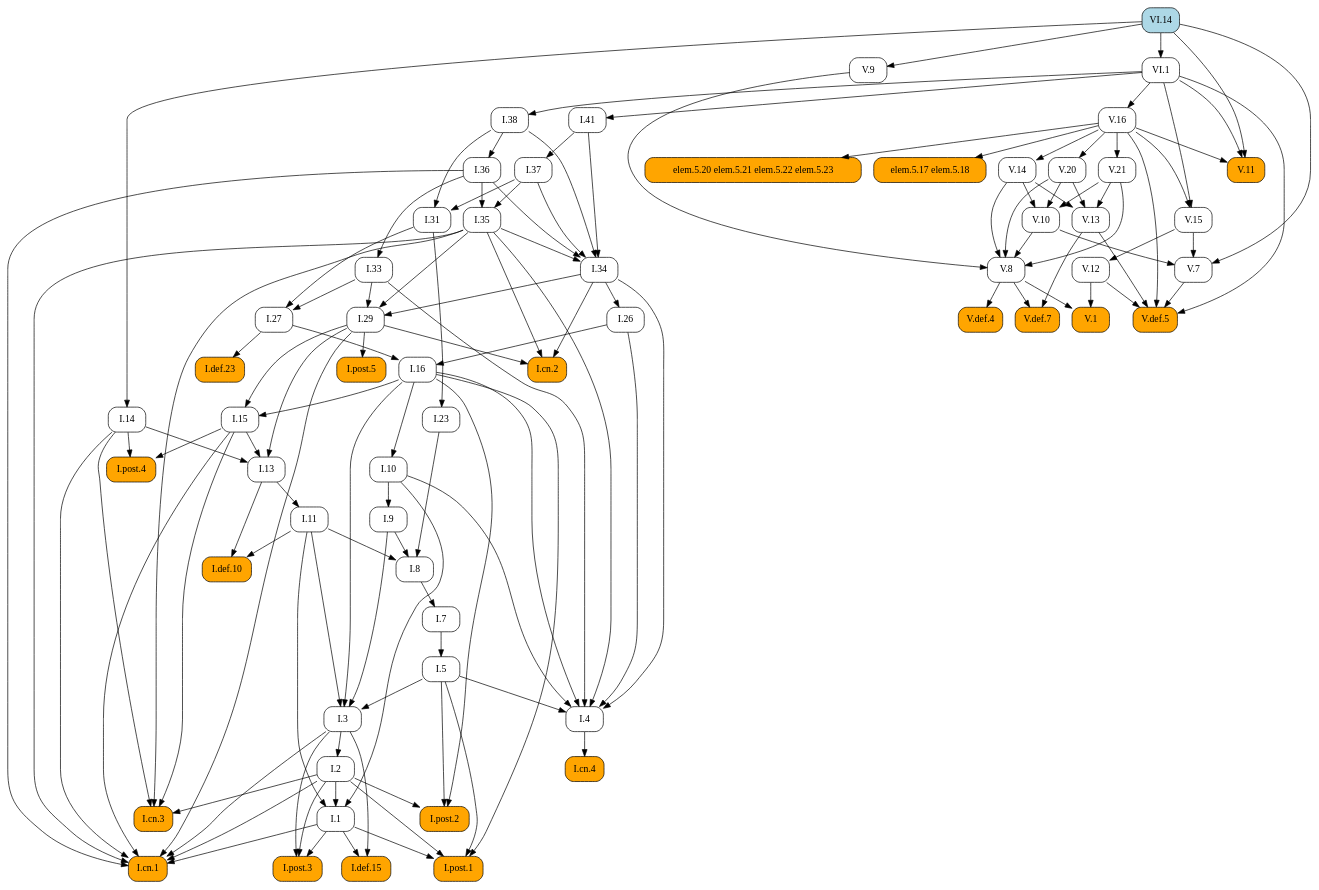
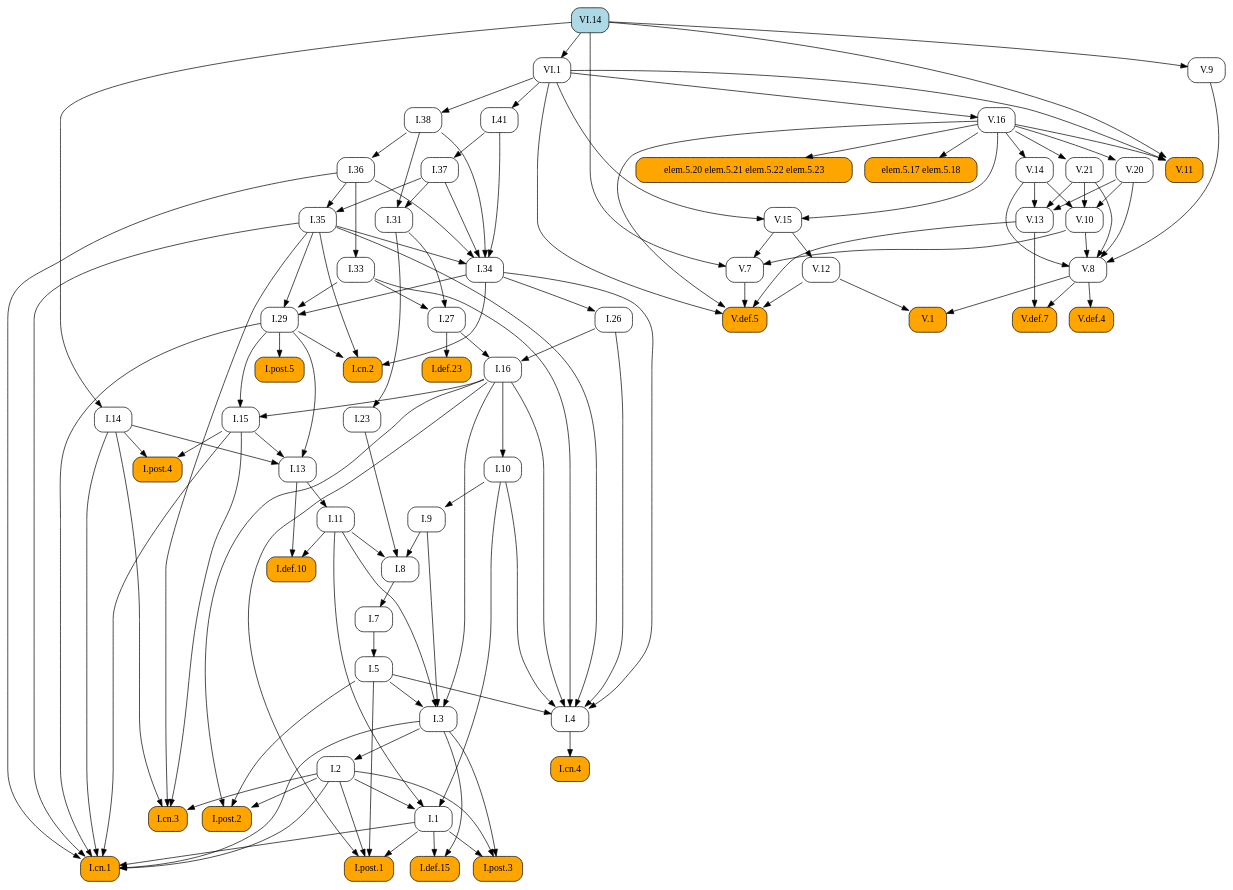
One commit to geometor/elements changed the diagram in docsrc/heath/VI/14/index.rst. Above: the diagram before and after it, drawn with Graphviz. The commit also changed other lines of this file and 484 other files, not shown here.

```diff
--- a/docsrc/heath/VI/14/index.rst
+++ b/docsrc/heath/VI/14/index.rst
@@ -56,104 +56,119 @@
    digraph {
      rankdir="TB";
      node [shape=box, style=rounded];
-     "I.def.10" [style="rounded,filled", fillcolor=orange, URL="/heath/I/def.10/", target="_top"];
-     "I.11" [URL="/heath/I/11/", target="_top"];
-     "I.post.4" [style="rounded,filled", fillcolor=orange, URL="/heath/I/post.4/", target="_top"];
-     "I.1" [URL="/heath/I/1/", target="_top"];
-     "I.26" [URL="/heath/I/26/", target="_top"];
+     "V.16" [URL="/heath/V/16/", target="_top"];
+     "I.23" [URL="/heath/I/23/", target="_top"];
+     "I.9" [URL="/heath/I/9/", target="_top"];
+     "I.33" [URL="/heath/I/33/", target="_top"];
+     "I.def.15" [style="rounded,filled", fillcolor=orange, URL="/heath/I/def.15/", target="_top"];
+     "V.13" [URL="/heath/V/13/", target="_top"];
+     "V.7" [URL="/heath/V/7/", target="_top"];
+     "elem.5.17 elem.5.18" [style="rounded,filled", fillcolor=orange];
+     "I.post.3" [style="rounded,filled", fillcolor=orange, URL="/heath/I/post.3/", target="_top"];
+     "I.post.1" [style="rounded,filled", fillcolor=orange, URL="/heath/I/post.1/", target="_top"];
      "V.14" [URL="/heath/V/14/", target="_top"];
      "V.def.5" [style="rounded,filled", fillcolor=orange, URL="/heath/V/def.5/", target="_top"];
+     "V.9" [URL="/heath/V/9/", target="_top"];
+     "I.31" [URL="/heath/I/31/", target="_top"];
+     "I.def.10" [style="rounded,filled", fillcolor=orange, URL="/heath/I/def.10/", target="_top"];
+     "V.10" [URL="/heath/V/10/", target="_top"];
+     "VI.1" [URL="/heath/VI/1/", target="_top"];
+     "V.20" [URL="/heath/V/20/", target="_top"];
+     "I.27" [URL="/heath/I/27/", target="_top"];
+     "VI.14" [style="rounded,filled", fillcolor=lightblue, URL="/heath/VI/14/", target="_top"];
+     "I.14" [URL="/heath/I/14/", target="_top"];
+     "V.11" [style="rounded,filled", fillcolor=orange, URL="/heath/V/11/", target="_top"];
+     "I.34" [URL="/heath/I/34/", target="_top"];
+     "V.12" [URL="/heath/V/12/", target="_top"];
+     "I.3" [URL="/heath/I/3/", target="_top"];
+     "V.def.4" [style="rounded,filled", fillcolor=orange, URL="/heath/V/def.4/", target="_top"];
+     "I.35" [URL="/heath/I/35/", target="_top"];
+     "I.cn.1" [style="rounded,filled", fillcolor=orange, URL="/heath/I/cn.1/", target="_top"];
+     "V.def.7" [style="rounded,filled", fillcolor=orange, URL="/heath/V/def.7/", target="_top"];
+     "I.7" [URL="/heath/I/7/", target="_top"];
+     "V.21" [URL="/heath/V/21/", target="_top"];
+     "I.2" [URL="/heath/I/2/", target="_top"];
+     "I.36" [URL="/heath/I/36/", target="_top"];
+     "I.13" [URL="/heath/I/13/", target="_top"];
+     "I.post.4" [style="rounded,filled", fillcolor=orange, URL="/heath/I/post.4/", target="_top"];
+     "I.4" [URL="/heath/I/4/", target="_top"];
+     "I.1" [URL="/heath/I/1/", target="_top"];
+     "I.5" [URL="/heath/I/5/", target="_top"];
+     "I.37" [URL="/heath/I/37/", target="_top"];
+     "I.8" [URL="/heath/I/8/", target="_top"];
+     "I.cn.3" [style="rounded,filled", fillcolor=orange, URL="/heath/I/cn.3/", target="_top"];
      "I.29" [URL="/heath/I/29/", target="_top"];
-     "V.12" [URL="/heath/V/12/", target="_top"];
+     "I.16" [URL="/heath/I/16/", target="_top"];
+     "I.38" [URL="/heath/I/38/", target="_top"];
+     "V.8" [URL="/heath/V/8/", target="_top"];
+     "I.15" [URL="/heath/I/15/", target="_top"];
+     "V.1" [style="rounded,filled", fillcolor=orange, URL="/heath/V/1/", target="_top"];
+     "I.11" [URL="/heath/I/11/", target="_top"];
+     "I.def.23" [style="rounded,filled", fillcolor=orange, URL="/heath/I/def.23/", target="_top"];
+     "I.10" [URL="/heath/I/10/", target="_top"];
      "I.cn.2" [style="rounded,filled", fillcolor=orange, URL="/heath/I/cn.2/", target="_top"];
-     "V.20" [URL="/heath/V/20/", target="_top"];
-     "V.10" [URL="/heath/V/10/", target="_top"];
-     "V.11" [style="rounded,filled", fillcolor=orange, URL="/heath/V/11/", target="_top"];
-     "V.13" [URL="/heath/V/13/", target="_top"];
-     "I.def.15" [style="rounded,filled", fillcolor=orange, URL="/heath/I/def.15/", target="_top"];
+     "I.post.5" [style="rounded,filled", fillcolor=orange, URL="/heath/I/post.5/", target="_top"];
+     "I.cn.4" [style="rounded,filled", fillcolor=orange, URL="/heath/I/cn.4/", target="_top"];
+     "I.41" [URL="/heath/I/41/", target="_top"];
      "V.15" [URL="/heath/V/15/", target="_top"];
-     "VI.1" [URL="/heath/VI/1/", target="_top"];
-     "I.post.3" [style="rounded,filled", fillcolor=orange, URL="/heath/I/post.3/", target="_top"];
-     "I.cn.1" [style="rounded,filled", fillcolor=orange, URL="/heath/I/cn.1/", target="_top"];
-     "I.cn.3" [style="rounded,filled", fillcolor=orange, URL="/heath/I/cn.3/", target="_top"];
-     "V.7" [URL="/heath/V/7/", target="_top"];
-     "I.14" [URL="/heath/I/14/", target="_top"];
-     "V.9" [URL="/heath/V/9/", target="_top"];
-     "V.16" [URL="/heath/V/16/", target="_top"];
-     "I.23" [URL="/heath/I/23/", target="_top"];
-     "I.post.1" [style="rounded,filled", fillcolor=orange, URL="/heath/I/post.1/", target="_top"];
-     "I.35" [URL="/heath/I/35/", target="_top"];
-     "V.8" [URL="/heath/V/8/", target="_top"];
-     "I.41" [URL="/heath/I/41/", target="_top"];
-     "I.36" [URL="/heath/I/36/", target="_top"];
-     "I.27" [URL="/heath/I/27/", target="_top"];
-     "I.37" [URL="/heath/I/37/", target="_top"];
-     "I.34" [URL="/heath/I/34/", target="_top"];
-     "I.3" [URL="/heath/I/3/", target="_top"];
-     "I.7" [URL="/heath/I/7/", target="_top"];
-     "I.2" [URL="/heath/I/2/", target="_top"];
-     "I.4" [URL="/heath/I/4/", target="_top"];
-     "I.def.23" [style="rounded,filled", fillcolor=orange, URL="/heath/I/def.23/", target="_top"];
-     "I.13" [URL="/heath/I/13/", target="_top"];
-     "I.33" [URL="/heath/I/33/", target="_top"];
-     "I.31" [URL="/heath/I/31/", target="_top"];
      "I.post.2" [style="rounded,filled", fillcolor=orange, URL="/heath/I/post.2/", target="_top"];
-     "V.1" [style="rounded,filled", fillcolor=orange, URL="/heath/V/1/", target="_top"];
-     "I.16" [URL="/heath/I/16/", target="_top"];
+     "I.26" [URL="/heath/I/26/", target="_top"];
      "elem.5.20 elem.5.21 elem.5.22 elem.5.23" [style="rounded,filled", fillcolor=orange];
-     "elem.5.17 elem.5.18" [style="rounded,filled", fillcolor=orange];
-     "I.9" [URL="/heath/I/9/", target="_top"];
-     "I.8" [URL="/heath/I/8/", target="_top"];
-     "V.def.4" [style="rounded,filled", fillcolor=orange, URL="/heath/V/def.4/", target="_top"];
-     "I.cn.4" [style="rounded,filled", fillcolor=orange, URL="/heath/I/cn.4/", target="_top"];
-     "VI.14" [style="rounded,filled", fillcolor=lightblue, URL="/heath/VI/14/", target="_top"];
-     "I.15" [URL="/heath/I/15/", target="_top"];
-     "I.post.5" [style="rounded,filled", fillcolor=orange, URL="/heath/I/post.5/", target="_top"];
-     "I.38" [URL="/heath/I/38/", target="_top"];
-     "V.def.7" [style="rounded,filled", fillcolor=orange, URL="/heath/V/def.7/", target="_top"];
-     "I.10" [URL="/heath/I/10/", target="_top"];
-     "I.5" [URL="/heath/I/5/", target="_top"];
-     "V.21" [URL="/heath/V/21/", target="_top"];
-     "I.11" -> "I.def.10";
-     "I.13" -> "I.def.10";
-     "I.13" -> "I.11";
-     "I.14" -> "I.post.4";
-     "I.15" -> "I.post.4";
-     "I.2" -> "I.1";
-     "I.10" -> "I.1";
-     "I.11" -> "I.1";
-     "I.34" -> "I.26";
+     "VI.1" -> "V.16";
+     "I.31" -> "I.23";
+     "I.10" -> "I.9";
+     "I.36" -> "I.33";
+     "I.1" -> "I.def.15";
+     "I.3" -> "I.def.15";
+     "V.14" -> "V.13";
+     "V.20" -> "V.13";
+     "V.21" -> "V.13";
+     "V.10" -> "V.7";
+     "V.15" -> "V.7";
+     "VI.14" -> "V.7";
+     "V.16" -> "elem.5.17 elem.5.18";
+     "I.1" -> "I.post.3";
+     "I.2" -> "I.post.3";
+     "I.3" -> "I.post.3";
+     "I.1" -> "I.post.1";
+     "I.2" -> "I.post.1";
+     "I.5" -> "I.post.1";
+     "I.16" -> "I.post.1";
      "V.16" -> "V.14";
      "V.7" -> "V.def.5";
      "V.12" -> "V.def.5";
      "V.13" -> "V.def.5";
      "V.16" -> "V.def.5";
      "VI.1" -> "V.def.5";
-     "I.33" -> "I.29";
-     "I.34" -> "I.29";
-     "I.35" -> "I.29";
-     "V.15" -> "V.12";
-     "I.29" -> "I.cn.2";
-     "I.34" -> "I.cn.2";
-     "I.35" -> "I.cn.2";
-     "V.16" -> "V.20";
+     "VI.14" -> "V.9";
+     "I.37" -> "I.31";
+     "I.38" -> "I.31";
+     "I.11" -> "I.def.10";
+     "I.13" -> "I.def.10";
      "V.14" -> "V.10";
      "V.20" -> "V.10";
      "V.21" -> "V.10";
+     "VI.14" -> "VI.1";
+     "V.16" -> "V.20";
+     "I.31" -> "I.27";
+     "I.33" -> "I.27";
+     "VI.14" -> "I.14";
      "V.16" -> "V.11";
      "VI.1" -> "V.11";
      "VI.14" -> "V.11";
-     "V.14" -> "V.13";
-     "V.20" -> "V.13";
-     "V.21" -> "V.13";
-     "I.1" -> "I.def.15";
-     "I.3" -> "I.def.15";
-     "V.16" -> "V.15";
-     "VI.1" -> "V.15";
-     "VI.14" -> "VI.1";
-     "I.1" -> "I.post.3";
-     "I.2" -> "I.post.3";
-     "I.3" -> "I.post.3";
+     "I.35" -> "I.34";
+     "I.36" -> "I.34";
+     "I.37" -> "I.34";
+     "I.38" -> "I.34";
+     "I.41" -> "I.34";
+     "V.15" -> "V.12";
+     "I.5" -> "I.3";
+     "I.9" -> "I.3";
+     "I.11" -> "I.3";
+     "I.16" -> "I.3";
+     "V.8" -> "V.def.4";
+     "I.36" -> "I.35";
+     "I.37" -> "I.35";
      "I.1" -> "I.cn.1";
      "I.2" -> "I.cn.1";
      "I.3" -> "I.cn.1";
@@ -162,44 +177,17 @@
      "I.29" -> "I.cn.1";
      "I.35" -> "I.cn.1";
      "I.36" -> "I.cn.1";
-     "I.2" -> "I.cn.3";
-     "I.14" -> "I.cn.3";
-     "I.15" -> "I.cn.3";
-     "I.35" -> "I.cn.3";
-     "V.10" -> "V.7";
-     "V.15" -> "V.7";
-     "VI.14" -> "V.7";
-     "VI.14" -> "I.14";
-     "VI.14" -> "V.9";
-     "VI.1" -> "V.16";
-     "I.31" -> "I.23";
-     "I.1" -> "I.post.1";
-     "I.2" -> "I.post.1";
-     "I.5" -> "I.post.1";
-     "I.16" -> "I.post.1";
-     "I.36" -> "I.35";
-     "I.37" -> "I.35";
-     "V.9" -> "V.8";
-     "V.10" -> "V.8";
-     "V.14" -> "V.8";
-     "V.20" -> "V.8";
-     "V.21" -> "V.8";
-     "VI.1" -> "I.41";
+     "V.8" -> "V.def.7";
+     "V.13" -> "V.def.7";
+     "I.8" -> "I.7";
+     "V.16" -> "V.21";
+     "I.3" -> "I.2";
      "I.38" -> "I.36";
-     "I.31" -> "I.27";
-     "I.33" -> "I.27";
-     "I.41" -> "I.37";
-     "I.35" -> "I.34";
-     "I.36" -> "I.34";
-     "I.37" -> "I.34";
-     "I.38" -> "I.34";
-     "I.41" -> "I.34";
-     "I.5" -> "I.3";
-     "I.9" -> "I.3";
-     "I.11" -> "I.3";
-     "I.16" -> "I.3";
-     "I.8" -> "I.7";
-     "I.3" -> "I.2";
+     "I.14" -> "I.13";
+     "I.15" -> "I.13";
+     "I.29" -> "I.13";
+     "I.14" -> "I.post.4";
+     "I.15" -> "I.post.4";
      "I.5" -> "I.4";
      "I.10" -> "I.4";
      "I.16" -> "I.4";
@@ -207,35 +195,47 @@
      "I.33" -> "I.4";
      "I.34" -> "I.4";
      "I.35" -> "I.4";
+     "I.2" -> "I.1";
+     "I.10" -> "I.1";
+     "I.11" -> "I.1";
+     "I.7" -> "I.5";
+     "I.41" -> "I.37";
+     "I.9" -> "I.8";
+     "I.11" -> "I.8";
+     "I.23" -> "I.8";
+     "I.2" -> "I.cn.3";
+     "I.14" -> "I.cn.3";
+     "I.15" -> "I.cn.3";
+     "I.35" -> "I.cn.3";
+     "I.33" -> "I.29";
+     "I.34" -> "I.29";
+     "I.35" -> "I.29";
+     "I.26" -> "I.16";
+     "I.27" -> "I.16";
+     "VI.1" -> "I.38";
+     "V.9" -> "V.8";
+     "V.10" -> "V.8";
+     "V.14" -> "V.8";
+     "V.20" -> "V.8";
+     "V.21" -> "V.8";
+     "I.16" -> "I.15";
+     "I.29" -> "I.15";
+     "V.8" -> "V.1";
+     "V.12" -> "V.1";
+     "I.13" -> "I.11";
      "I.27" -> "I.def.23";
-     "I.14" -> "I.13";
-     "I.15" -> "I.13";
-     "I.29" -> "I.13";
-     "I.36" -> "I.33";
-     "I.37" -> "I.31";
-     "I.38" -> "I.31";
+     "I.16" -> "I.10";
+     "I.29" -> "I.cn.2";
+     "I.34" -> "I.cn.2";
+     "I.35" -> "I.cn.2";
+     "I.29" -> "I.post.5";
+     "I.4" -> "I.cn.4";
+     "VI.1" -> "I.41";
+     "V.16" -> "V.15";
+     "VI.1" -> "V.15";
      "I.2" -> "I.post.2";
      "I.5" -> "I.post.2";
      "I.16" -> "I.post.2";
-     "V.8" -> "V.1";
-     "V.12" -> "V.1";
-     "I.26" -> "I.16";
-     "I.27" -> "I.16";
+     "I.34" -> "I.26";
      "V.16" -> "elem.5.20 elem.5.21 elem.5.22 elem.5.23";
-     "V.16" -> "elem.5.17 elem.5.18";
-     "I.10" -> "I.9";
-     "I.9" -> "I.8";
-     "I.11" -> "I.8";
-     "I.23" -> "I.8";
-     "V.8" -> "V.def.4";
-     "I.4" -> "I.cn.4";
-     "I.16" -> "I.15";
-     "I.29" -> "I.15";
-     "I.29" -> "I.post.5";
-     "VI.1" -> "I.38";
-     "V.8" -> "V.def.7";
-     "V.13" -> "V.def.7";
-     "I.16" -> "I.10";
-     "I.7" -> "I.5";
-     "V.16" -> "V.21";
    }
```
